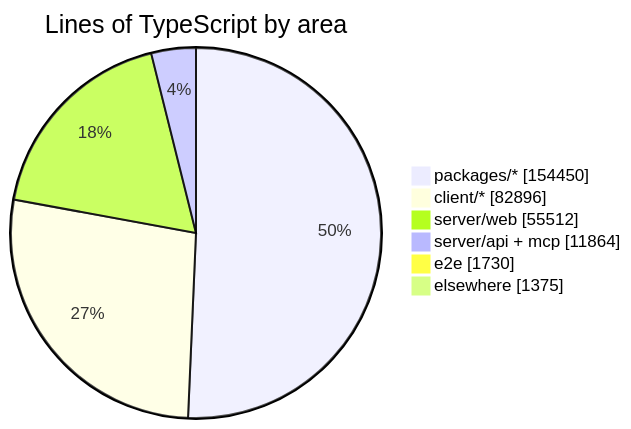
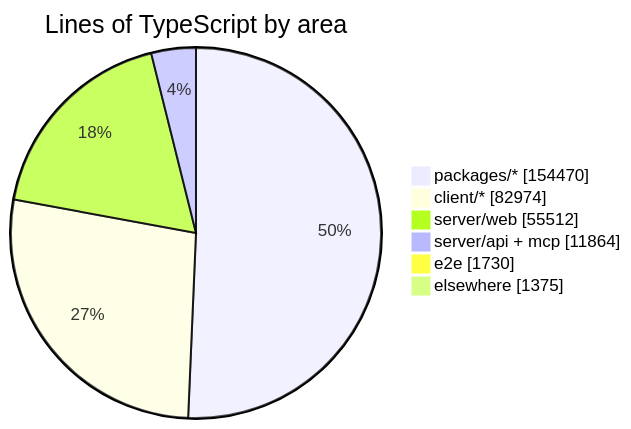
Before and after one commit to crossworks-engineering/mantle: the diagram in README.md, drawn with Mermaid. The commit also changed other lines of this file and 4 other files, not shown here.

````diff
--- a/README.md
+++ b/README.md
@@ -279,9 +279,9 @@
 ```mermaid
 pie showData title Lines of TypeScript by area
-    "packages/*" : 154450
-    "client/*" : 82896
+    "packages/*" : 154470
+    "client/*" : 82974
     "server/web" : 55512
     "server/api + mcp" : 11864
     "e2e" : 1730
     "elsewhere" : 1375
 ```
````
